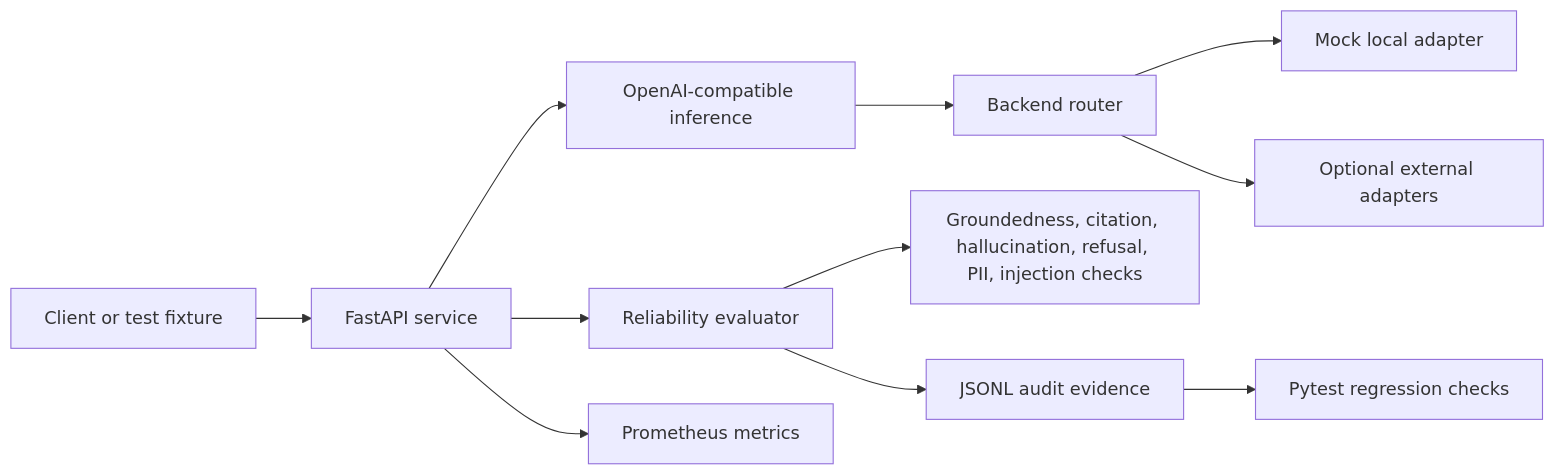
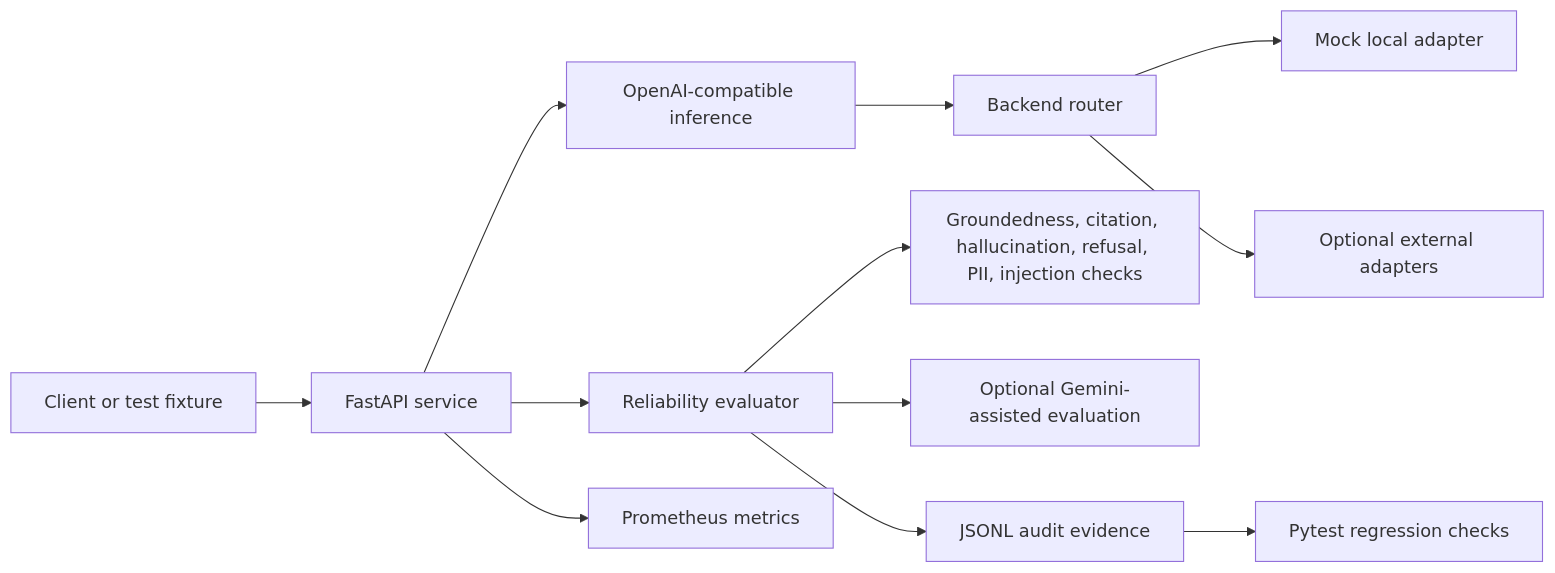
Before and after one commit to Electricpaper77/ai-rag-eval-platform: the diagram in README.md, drawn with Mermaid. The commit also changed other lines of this file and 1 other file, not shown here.

Commit message:
Add Gemini AI agent cyber reliability layer

````diff
--- a/README.md
+++ b/README.md
@@ -295,13 +382,14 @@
 ```mermaid
 flowchart LR
     Client["Client or test fixture"] --> API["FastAPI service"]
     API --> Inference["OpenAI-compatible inference"]
     API --> Evaluator["Reliability evaluator"]
     Inference --> Router["Backend router"]
     Router --> Mock["Mock local adapter"]
     Router --> External["Optional external adapters"]
     Evaluator --> Rules["Groundedness, citation, hallucination, refusal, PII, injection checks"]
+    Evaluator --> Gemini["Optional Gemini-assisted evaluation"]
     Evaluator --> JSONL["JSONL audit evidence"]
     API --> Metrics["Prometheus metrics"]
     JSONL --> Tests["Pytest regression checks"]
 ```
````
